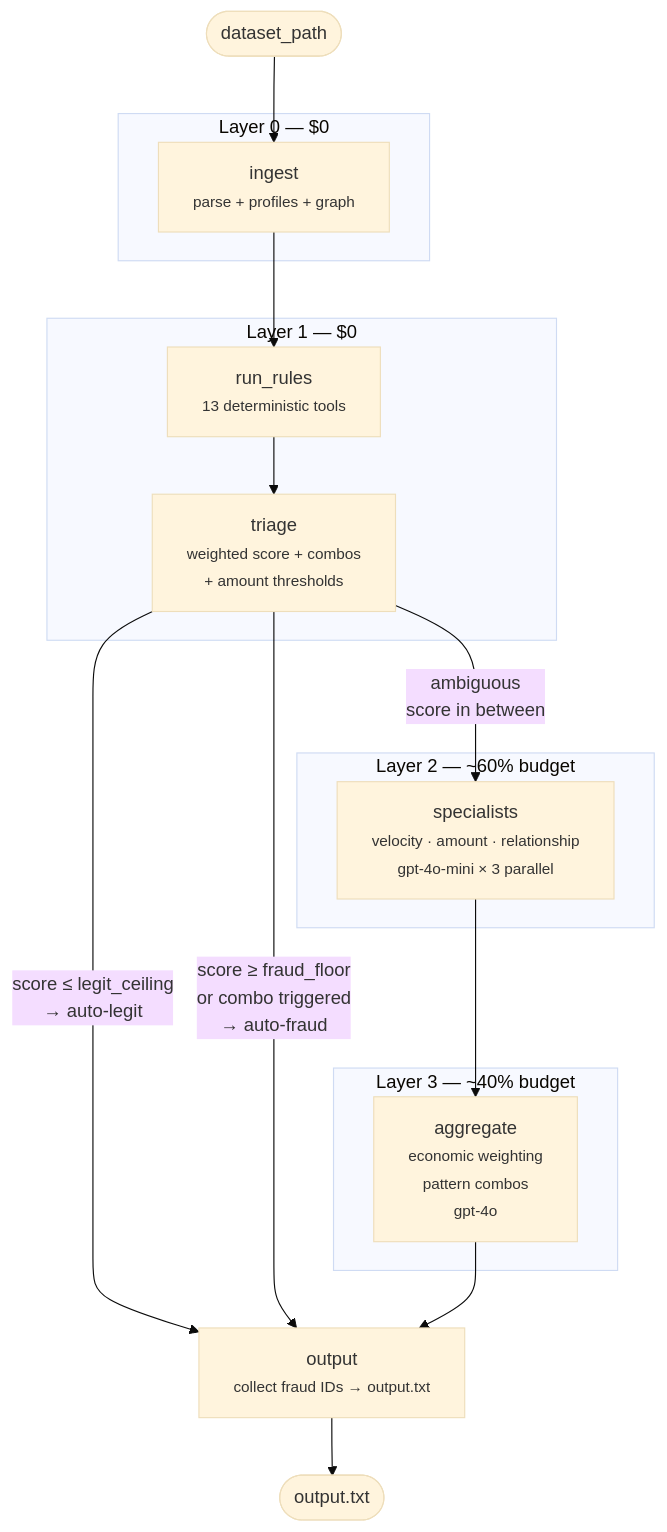
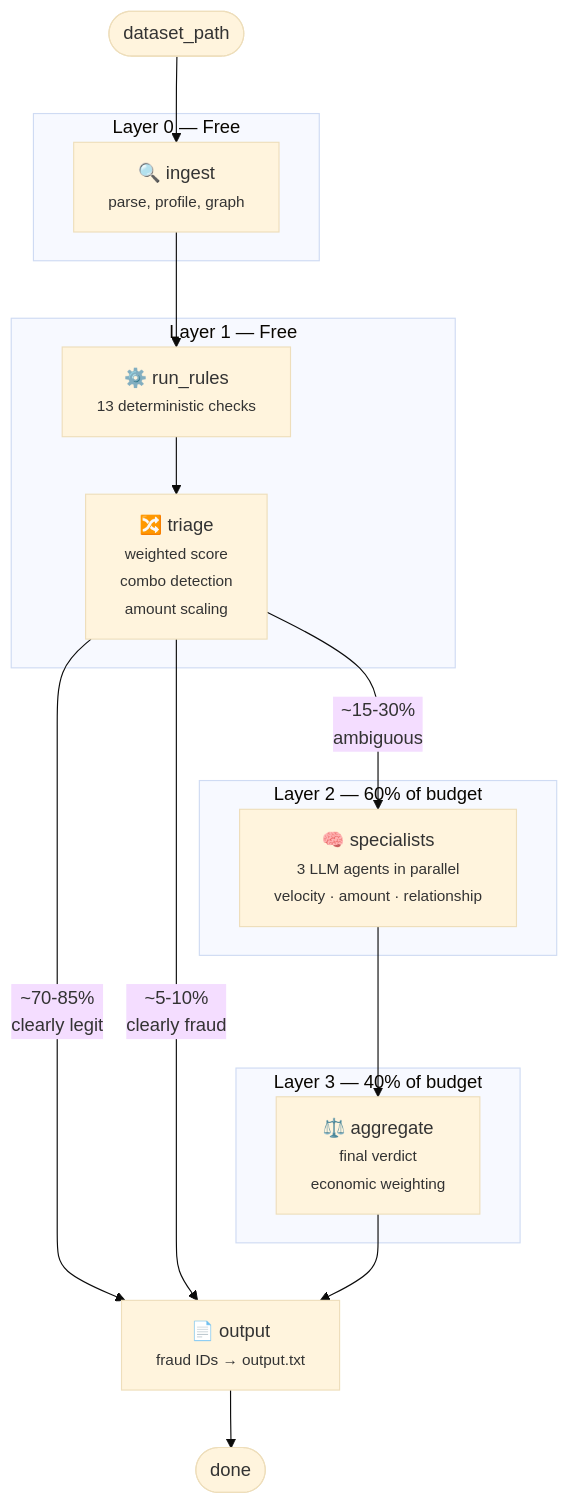
The diagram in pipeline/PIPELINE.md (EthanITA/fraud-detection-hackathon), drawn with Mermaid (base theme) before and after one commit. The commit also changed other lines of this file and 6 other files, not shown here.

````diff
--- a/pipeline/PIPELINE.md
+++ b/pipeline/PIPELINE.md
@@ -7,33 +11,33 @@
 ```mermaid
 flowchart TD
     START([dataset_path]) --> ingest
 
-    subgraph "Layer 0 — $0"
-        ingest[ingest<br/><small>parse + profiles + graph</small>]
+    subgraph "Layer 0 — Free"
+        ingest["🔍 ingest<br/><small>parse, profile, graph</small>"]
     end
 
     ingest --> run_rules
 
-    subgraph "Layer 1 — $0"
-        run_rules[run_rules<br/><small>13 deterministic tools</small>]
+    subgraph "Layer 1 — Free"
+        run_rules["⚙️ run_rules<br/><small>13 deterministic checks</small>"]
         run_rules --> triage
-        triage[triage<br/><small>weighted score + combos<br/>+ amount thresholds</small>]
+        triage["🔀 triage<br/><small>weighted score<br/>combo detection<br/>amount scaling</small>"]
     end
 
-    triage -->|"score ≤ legit_ceiling<br/>→ auto-legit"| output
-    triage -->|"score ≥ fraud_floor<br/>or combo triggered<br/>→ auto-fraud"| output
-    triage -->|"ambiguous<br/>score in between"| specialists
+    triage -->|"~70-85%<br/>clearly legit"| output
+    triage -->|"~5-10%<br/>clearly fraud"| output
+    triage -->|"~15-30%<br/>ambiguous"| specialists
 
-    subgraph "Layer 2 — ~60% budget"
-        specialists[specialists<br/><small>velocity · amount · relationship<br/>gpt-4o-mini × 3 parallel</small>]
+    subgraph "Layer 2 — 60% of budget"
+        specialists["🧠 specialists<br/><small>3 LLM agents in parallel<br/>velocity · amount · relationship</small>"]
     end
 
     specialists --> aggregate
 
-    subgraph "Layer 3 — ~40% budget"
-        aggregate[aggregate<br/><small>economic weighting<br/>pattern combos<br/>gpt-4o</small>]
+    subgraph "Layer 3 — 40% of budget"
+        aggregate["⚖️ aggregate<br/><small>final verdict<br/>economic weighting</small>"]
     end
 
     aggregate --> output
-    output[output<br/><small>collect fraud IDs → output.txt</small>] --> END([output.txt])
+    output["📄 output<br/><small>fraud IDs → output.txt</small>"] --> END([done])
 ```
````
